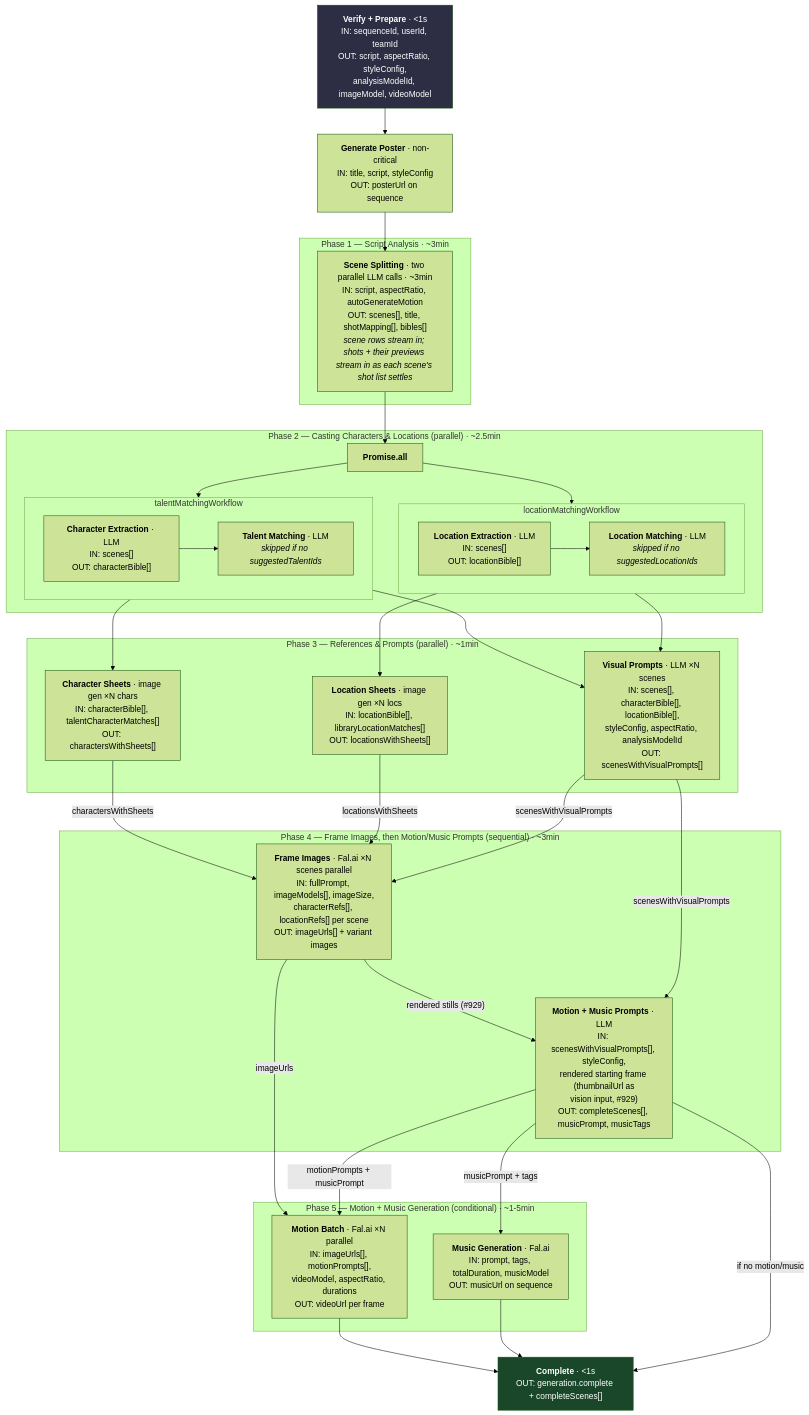
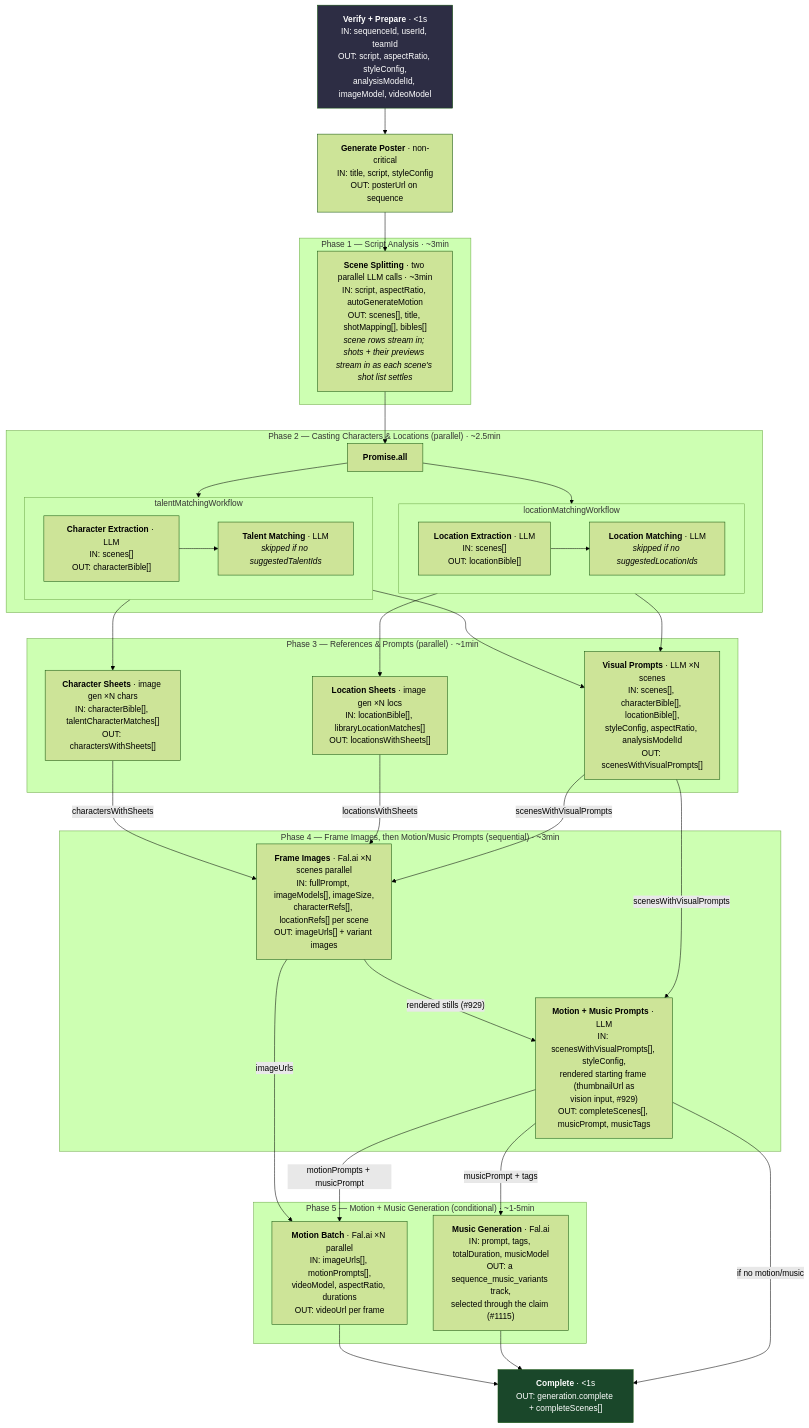
One commit to Jyatin/openstory changed the first of 7 diagrams in docs/developer-guide/workflow.md. Above: the diagram before and after it, drawn with Mermaid (forest theme). The commit also changed other lines of this file and 63 other files, not shown here.

First line of the commit message:
refactor(#1115): music lands through a claim; drop the sequences.music* mirrors (#1938)

````diff
--- a/docs/developer-guide/workflow.md
+++ b/docs/developer-guide/workflow.md
@@ -12,68 +12,68 @@
 ```mermaid
 flowchart TD
     Verify["<b>Verify + Prepare</b> · <1s<br/>IN: sequenceId, userId, teamId<br/>OUT: script, aspectRatio, styleConfig,<br/>analysisModelId, imageModel, videoModel"] --> Poster
     Poster["<b>Generate Poster</b> · non-critical<br/>IN: title, script, styleConfig<br/>OUT: posterUrl on sequence"] --> SceneSplit
 
     subgraph "Phase 1 — Script Analysis · ~3min"
         SceneSplit["<b>Scene Splitting</b> · two parallel LLM calls · ~3min<br/>IN: script, aspectRatio, autoGenerateMotion<br/>OUT: scenes[], title, shotMapping[], bibles[]<br/><i>scene rows stream in; shots + their previews stream in as each scene's shot list settles</i>"]
     end
 
     SceneSplit --> P2
 
     subgraph "Phase 2 — Casting Characters & Locations (parallel) · ~2.5min"
         P2["<b>Promise.all</b>"]
         P2 --> TalentSub
         P2 --> LocationSub
 
         subgraph TalentSub["talentMatchingWorkflow"]
             CharExtract["<b>Character Extraction</b> · LLM<br/>IN: scenes[]<br/>OUT: characterBible[]"]
             TalentMatch["<b>Talent Matching</b> · LLM<br/><i>skipped if no suggestedTalentIds</i>"]
             CharExtract --> TalentMatch
         end
 
         subgraph LocationSub["locationMatchingWorkflow"]
             LocExtract["<b>Location Extraction</b> · LLM<br/>IN: scenes[]<br/>OUT: locationBible[]"]
             LocMatch["<b>Location Matching</b> · LLM<br/><i>skipped if no suggestedLocationIds</i>"]
             LocExtract --> LocMatch
         end
     end
 
     subgraph "Phase 3 — References & Prompts (parallel) · ~1min"
         CharSheets["<b>Character Sheets</b> · image gen ×N chars<br/>IN: characterBible[], talentCharacterMatches[]<br/>OUT: charactersWithSheets[]"]
         LocSheets["<b>Location Sheets</b> · image gen ×N locs<br/>IN: locationBible[], libraryLocationMatches[]<br/>OUT: locationsWithSheets[]"]
         VisualPrompts["<b>Visual Prompts</b> · LLM ×N scenes<br/>IN: scenes[], characterBible[], locationBible[],<br/>styleConfig, aspectRatio, analysisModelId<br/>OUT: scenesWithVisualPrompts[]"]
     end
 
     TalentSub --> CharSheets
     TalentSub --> VisualPrompts
     LocationSub --> LocSheets
     LocationSub --> VisualPrompts
 
     subgraph "Phase 4 — Frame Images, then Motion/Music Prompts (sequential) · ~3min"
         ImageGen["<b>Frame Images</b> · Fal.ai ×N scenes parallel<br/>IN: fullPrompt, imageModels[], imageSize,<br/>characterRefs[], locationRefs[] per scene<br/>OUT: imageUrls[] + variant images"]
         MotionMusicPrompts["<b>Motion + Music Prompts</b> · LLM<br/>IN: scenesWithVisualPrompts[], styleConfig,<br/>rendered starting frame (thumbnailUrl as<br/>vision input, #929)<br/>OUT: completeScenes[], musicPrompt, musicTags"]
     end
 
     CharSheets -->|"charactersWithSheets"| ImageGen
     LocSheets -->|"locationsWithSheets"| ImageGen
     VisualPrompts -->|"scenesWithVisualPrompts"| ImageGen
     ImageGen -->|"rendered stills (#929)"| MotionMusicPrompts
     VisualPrompts -->|"scenesWithVisualPrompts"| MotionMusicPrompts
 
     subgraph "Phase 5 — Motion + Music Generation (conditional) · ~1-5min"
         MotionBatch["<b>Motion Batch</b> · Fal.ai ×N parallel<br/>IN: imageUrls[], motionPrompts[],<br/>videoModel, aspectRatio, durations<br/>OUT: videoUrl per frame"]
-        MusicGen["<b>Music Generation</b> · Fal.ai<br/>IN: prompt, tags, totalDuration, musicModel<br/>OUT: musicUrl on sequence"]
+        MusicGen["<b>Music Generation</b> · Fal.ai<br/>IN: prompt, tags, totalDuration, musicModel<br/>OUT: a sequence_music_variants track,<br/>selected through the claim (#1115)"]
     end
 
     ImageGen -->|"imageUrls"| MotionBatch
     MotionMusicPrompts -->|"motionPrompts + musicPrompt"| MotionBatch
     MotionMusicPrompts -->|"musicPrompt + tags"| MusicGen
 
     MotionBatch --> Done
     MusicGen --> Done
     MotionMusicPrompts -->|"if no motion/music"| Done
     Done["<b>Complete</b> · <1s<br/>OUT: generation.complete + completeScenes[]"]
 
     style Verify fill:#2d2d44,color:#fff
     style Done fill:#1a472a,color:#fff
 ```
````
